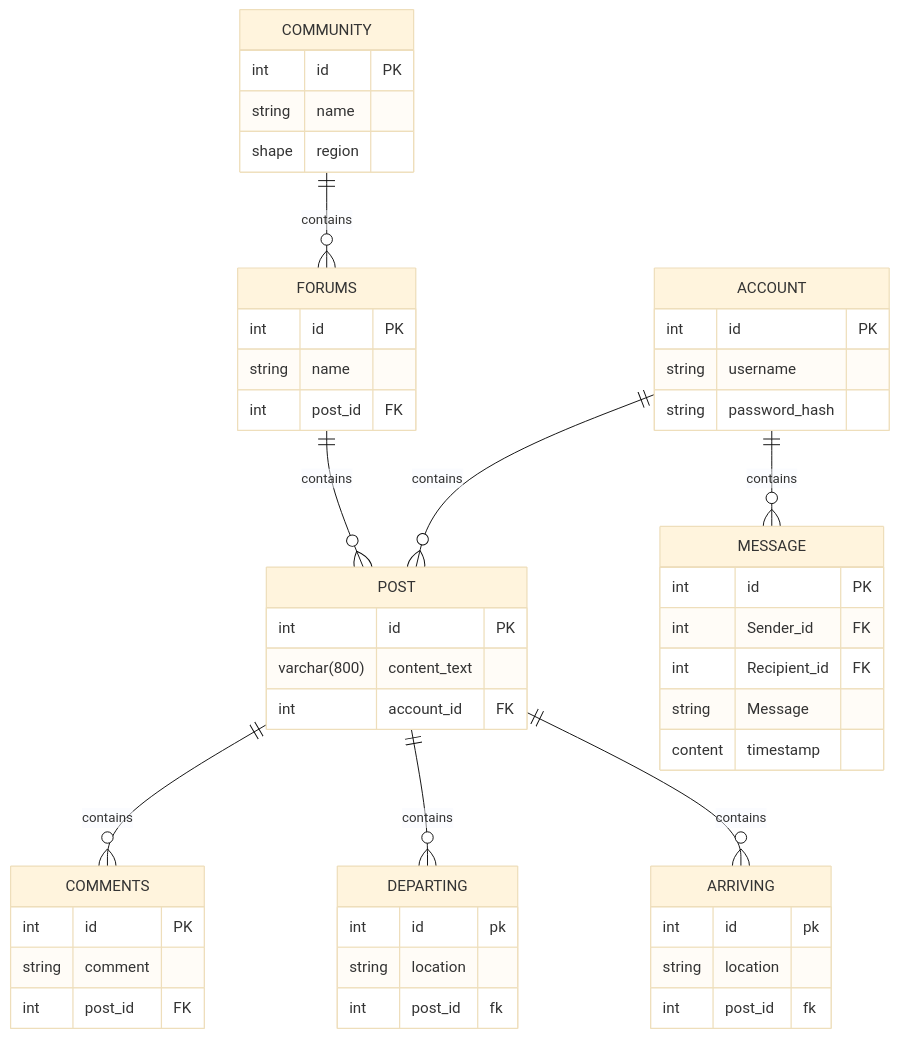
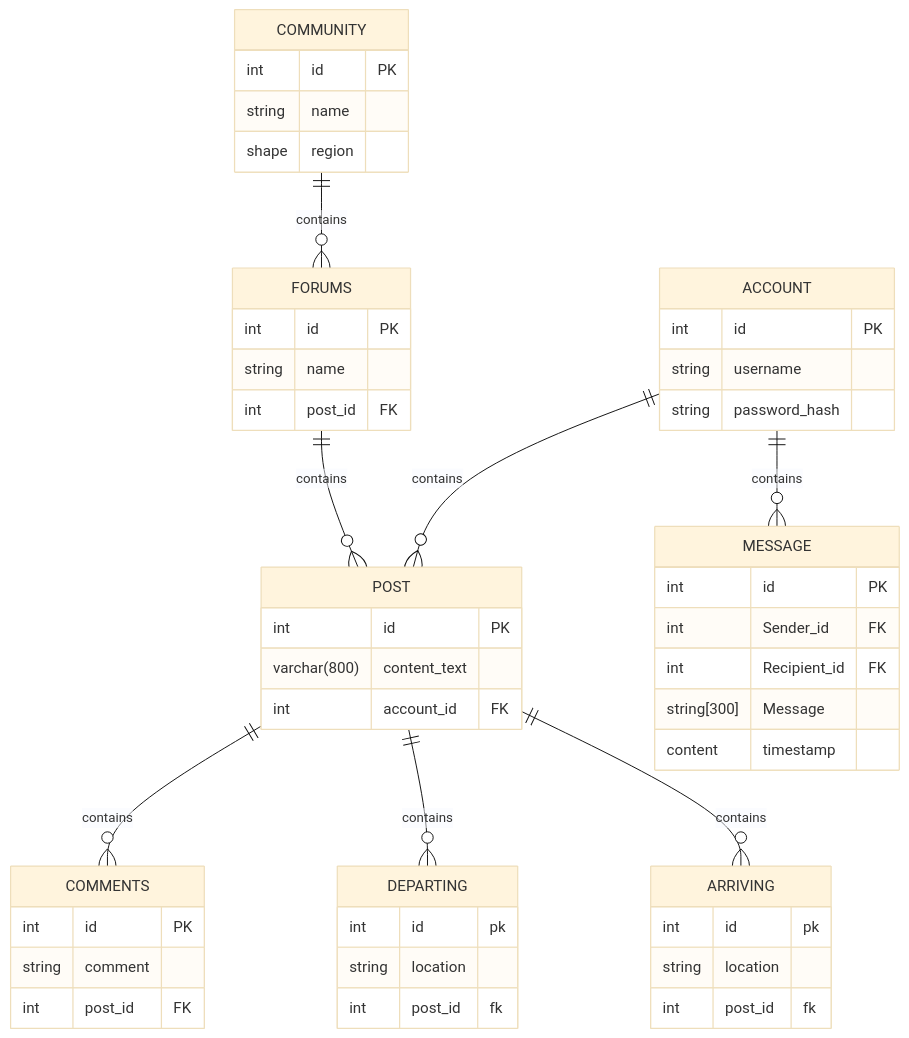
One commit to byui-cse397/2024WinCSE490PCP changed the diagram in ProjectManagement/WhitePapers/DevelopmentEnvironment/DatabaseWhitepaper.md. Above: the diagram before and after it, drawn with Mermaid (base theme).

````diff
--- a/ProjectManagement/WhitePapers/DevelopmentEnvironment/DatabaseWhitepaper.md
+++ b/ProjectManagement/WhitePapers/DevelopmentEnvironment/DatabaseWhitepaper.md
@@ -118,63 +118,63 @@
 ```mermaid
 erDiagram
     ACCOUNT {
         int id PK
         string username
         string password_hash
     }
     POST {
         int id PK
         varchar(800) content_text
         int account_id FK
     }
     
     ACCOUNT ||--o{ POST : contains
 
     COMMENTS {
         int id PK
         string comment
         int post_id FK
     }
 
     POST ||--o{ COMMENTS : contains
 
     DEPARTING {
         int id pk
         string location
         int post_id fk
     }
 
     POST ||--o{ DEPARTING : contains
 
     ARRIVING {
         int id pk
         string location
         int post_id fk
     }
 
     POST ||--o{ ARRIVING : contains
 
     COMMUNITY ||--o{ FORUMS : contains
     COMMUNITY {
         int id PK
         string name
         shape region
     }
 
     FORUMS ||--o{ POST : contains
     FORUMS {
         int id PK
         string name
         int post_id FK
     }
 
      ACCOUNT ||--o{ MESSAGE: contains
     MESSAGE{
         int id PK
         int Sender_id FK
         int Recipient_id FK
-        string Message content
+        string[300] Message content
         timestamp
     }
 
 ```
````
